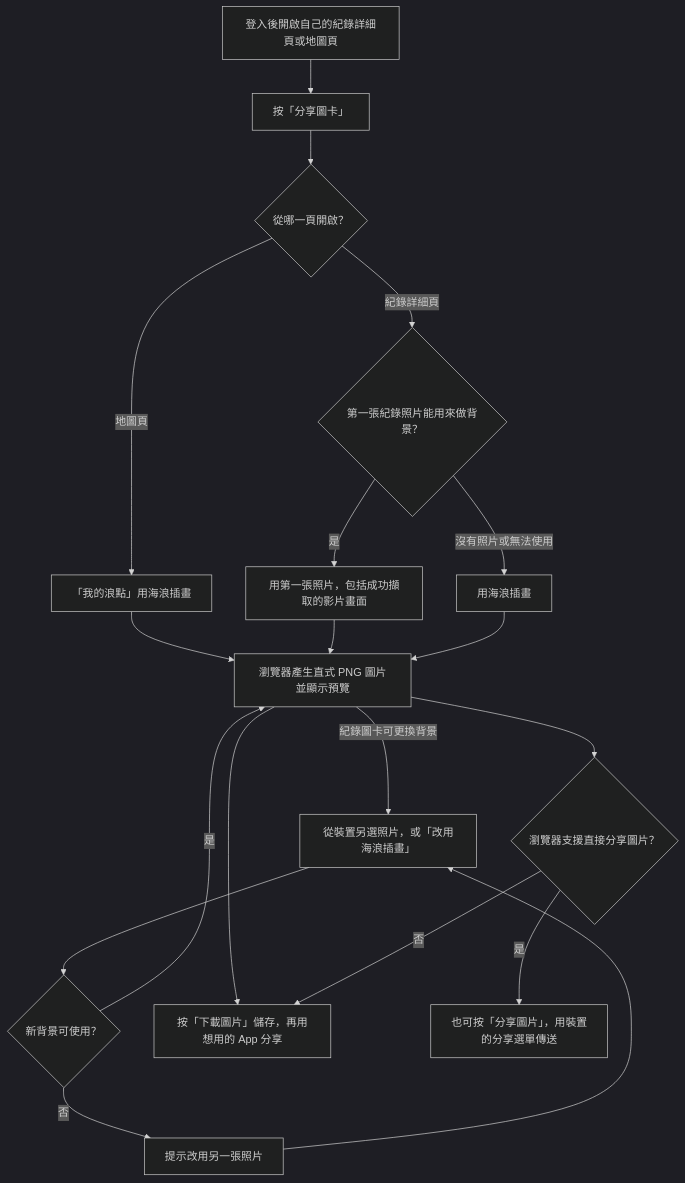
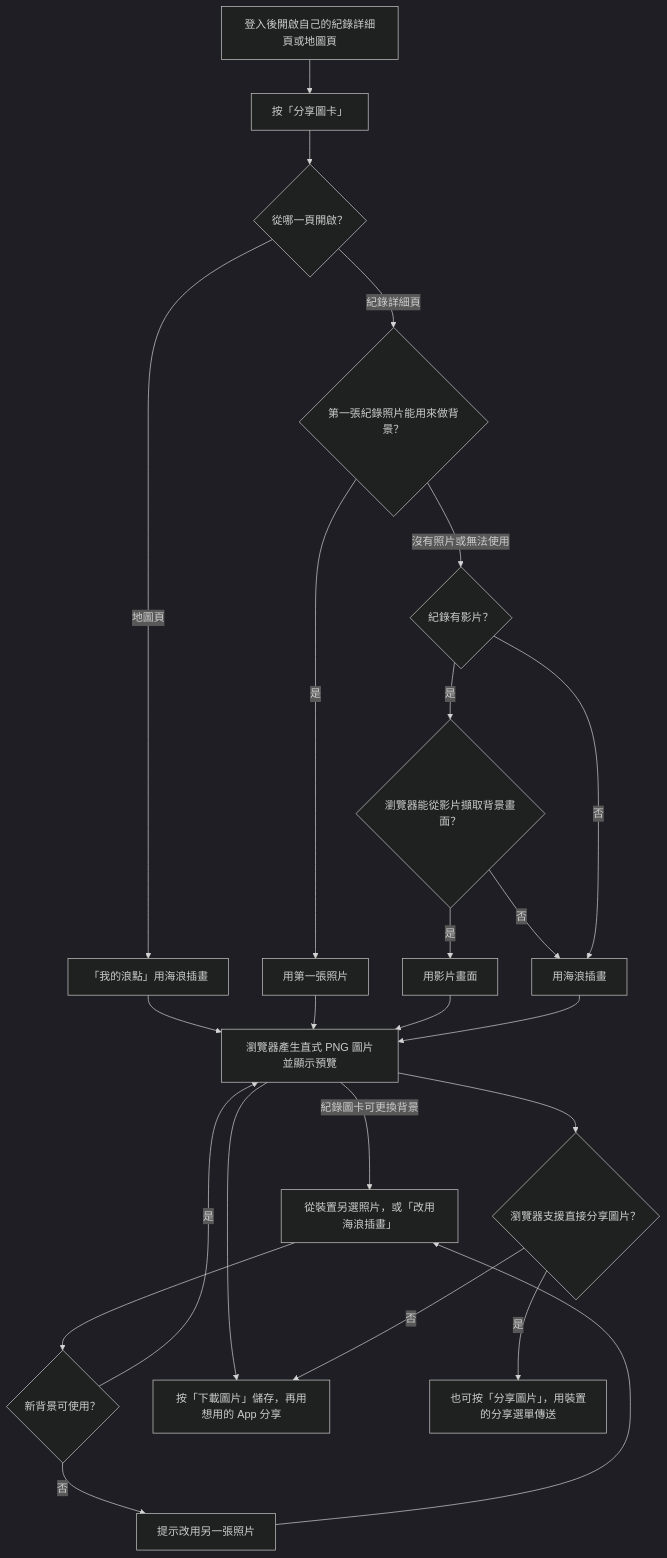
The seventh of 7 diagrams in docs/flows.md (ChristingChang/waveshare), drawn with Mermaid (dark theme) before and after one commit. The commit also changed other lines of this file and 5 other files, not shown here.

Commit message:
docs: 補上圖卡的影片畫面備援與 R2 設定

````diff
--- a/docs/flows.md
+++ b/docs/flows.md
@@ -138,21 +138,26 @@
 ```mermaid
 flowchart TD
     A["登入後開啟自己的紀錄詳細頁或地圖頁"] --> B["按「分享圖卡」"]
     B --> G{"從哪一頁開啟？"}
     G -->|地圖頁| H["「我的浪點」用海浪插畫"]
     G -->|紀錄詳細頁| I{"第一張紀錄照片能用來做背景？"}
-    I -->|是| J["用第一張照片，包括成功擷取的影片畫面"]
-    I -->|沒有照片或無法使用| K["用海浪插畫"]
+    I -->|是| J["用第一張照片"]
+    I -->|沒有照片或無法使用| O{"紀錄有影片？"}
+    O -->|是| P{"瀏覽器能從影片擷取背景畫面？"}
+    P -->|是| Q["用影片畫面"]
+    P -->|否| K["用海浪插畫"]
+    O -->|否| K
     H --> C["瀏覽器產生直式 PNG 圖片並顯示預覽"]
     J --> C
+    Q --> C
     K --> C
     C -->|紀錄圖卡可更換背景| L["從裝置另選照片，或「改用海浪插畫」"]
     L --> M{"新背景可使用？"}
     M -->|是| C
     M -->|否| N["提示改用另一張照片"]
     N --> L
     C --> D["按「下載圖片」儲存，再用想用的 App 分享"]
     C --> E{"瀏覽器支援直接分享圖片？"}
     E -->|是| F["也可按「分享圖片」，用裝置的分享選單傳送"]
     E -->|否| D
 ```
````
